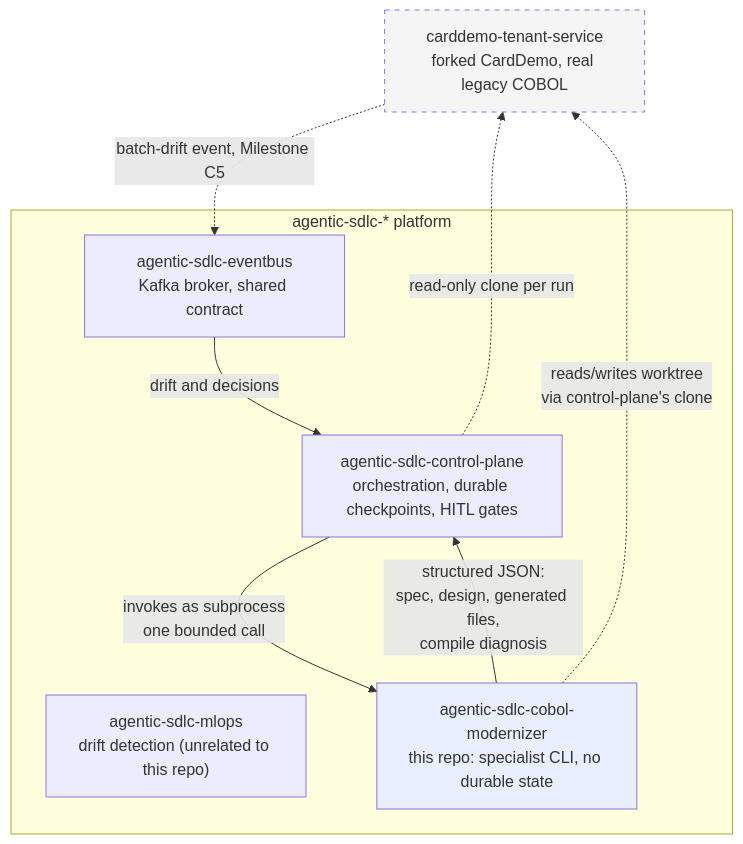
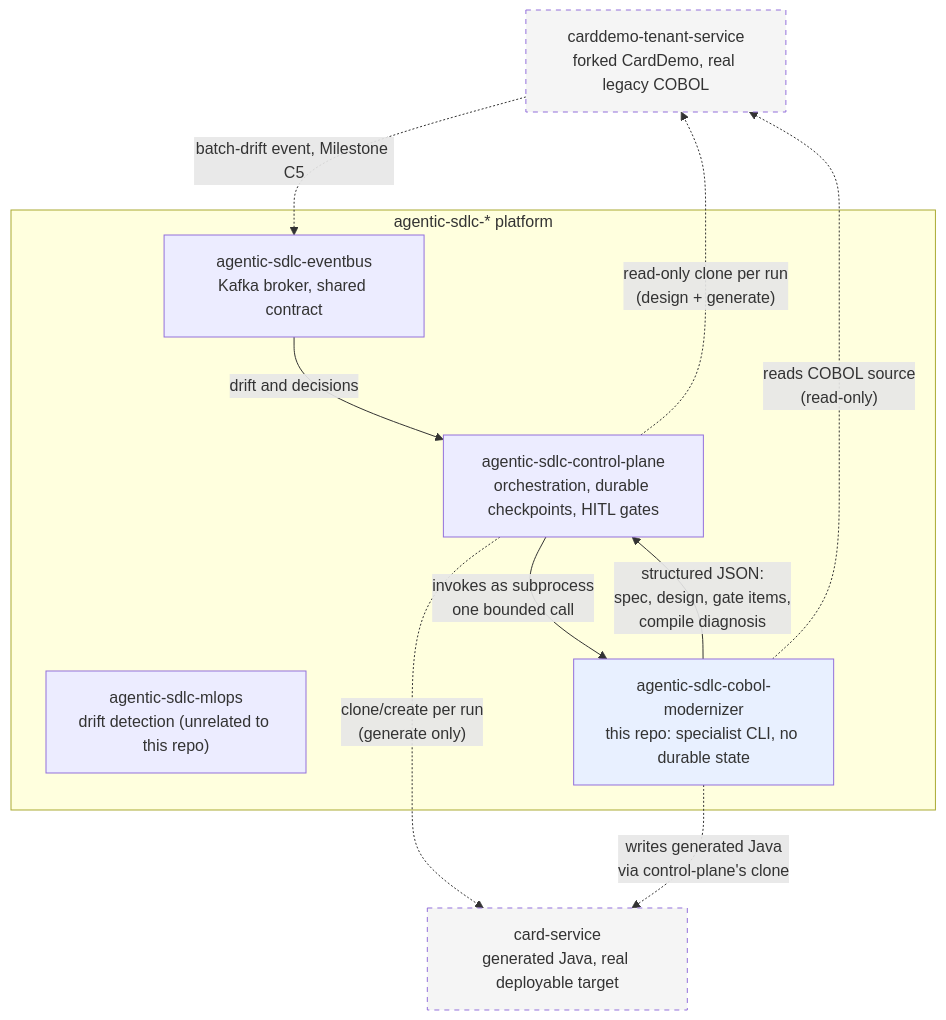
One commit to jayakumar-devaraj/agentic-sdlc-cobol-modernizer changed the first of 2 diagrams in README.md. Above: the diagram before and after it, drawn with Mermaid. The commit also changed other lines of this file, not shown here.

First line of the commit message:
Correct README diagrams for ADR-0009: card-service, not the tenant repo

````diff
--- a/README.md
+++ b/README.md
@@ -37,21 +37,25 @@
 ```mermaid
 flowchart TB
     TENANT["carddemo-tenant-service<br/>forked CardDemo, real legacy COBOL"]
+    TARGET["card-service<br/>generated Java, real deployable target"]
 
     subgraph platform["agentic-sdlc-* platform"]
         EB["agentic-sdlc-eventbus<br/>Kafka broker, shared contract"]
         MLOPS["agentic-sdlc-mlops<br/>drift detection (unrelated to this repo)"]
         CP["agentic-sdlc-control-plane<br/>orchestration, durable checkpoints, HITL gates"]
         SPEC["agentic-sdlc-cobol-modernizer<br/>this repo: specialist CLI, no durable state"]
     end
 
     TENANT -.->|"batch-drift event, Milestone C5"| EB
     EB -->|"drift and decisions"| CP
     CP -->|"invokes as subprocess<br/>one bounded call"| SPEC
-    SPEC -->|"structured JSON:<br/>spec, design, generated files,<br/>compile diagnosis"| CP
-    CP -.->|"read-only clone per run"| TENANT
-    SPEC -.->|"reads/writes worktree<br/>via control-plane's clone"| TENANT
+    SPEC -->|"structured JSON:<br/>spec, design, gate items,<br/>compile diagnosis"| CP
+    CP -.->|"read-only clone per run<br/>(design + generate)"| TENANT
+    SPEC -.->|"reads COBOL source<br/>(read-only)"| TENANT
+    CP -.->|"clone/create per run<br/>(generate only)"| TARGET
+    SPEC -.->|"writes generated Java<br/>via control-plane's clone"| TARGET
 
     style TENANT fill:#f5f5f5,stroke-dasharray:5 5
+    style TARGET fill:#f5f5f5,stroke-dasharray:5 5
     style SPEC fill:#e8f0ff
 ```
````
